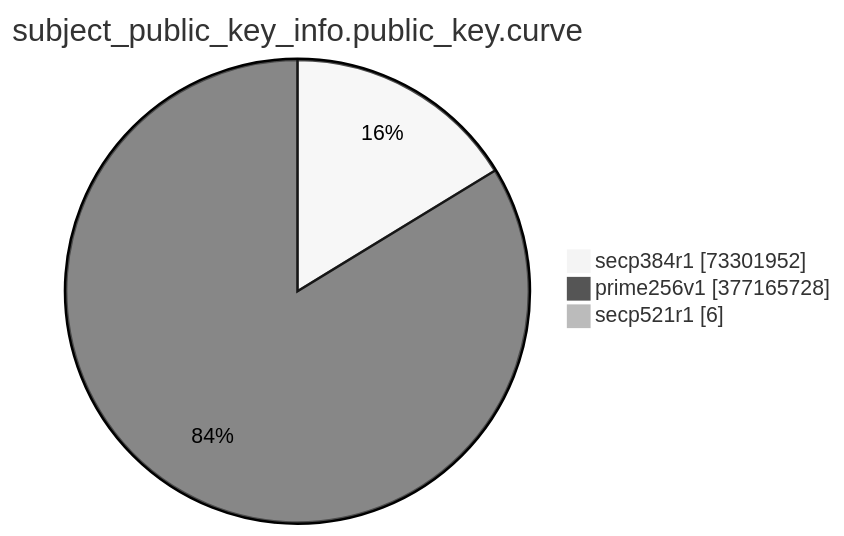
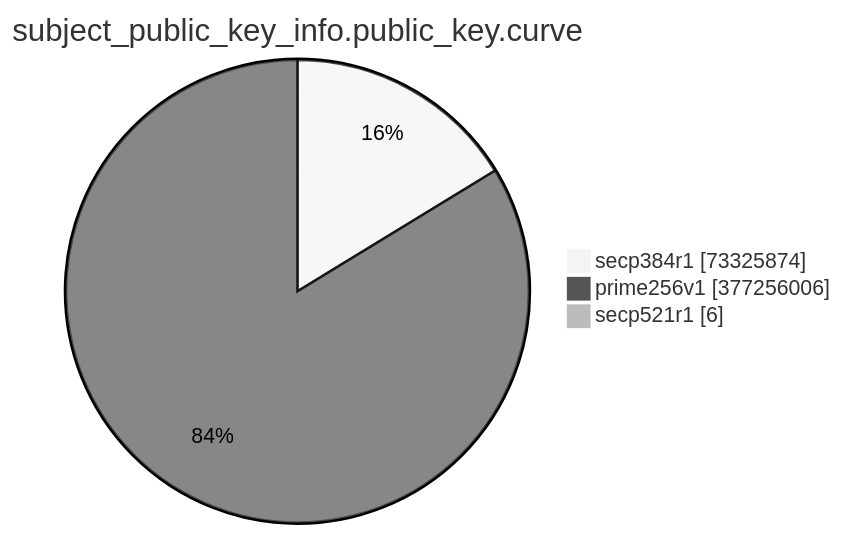
The eighth of 15 diagrams in TOTAL/README.md (christiankrug/ctmonitor_visualization), drawn with Mermaid (neutral theme) before and after one commit. The commit also changed other lines of this file, not shown here.

````diff
--- a/TOTAL/README.md
+++ b/TOTAL/README.md
@@ -3094,7 +3094,7 @@
 ```mermaid
 pie showData
 title subject_public_key_info.public_key.curve
-"secp384r1" :73301952
-"prime256v1" :377165728
+"secp384r1" :73325874
+"prime256v1" :377256006
 "secp521r1" :6
 ```
````
